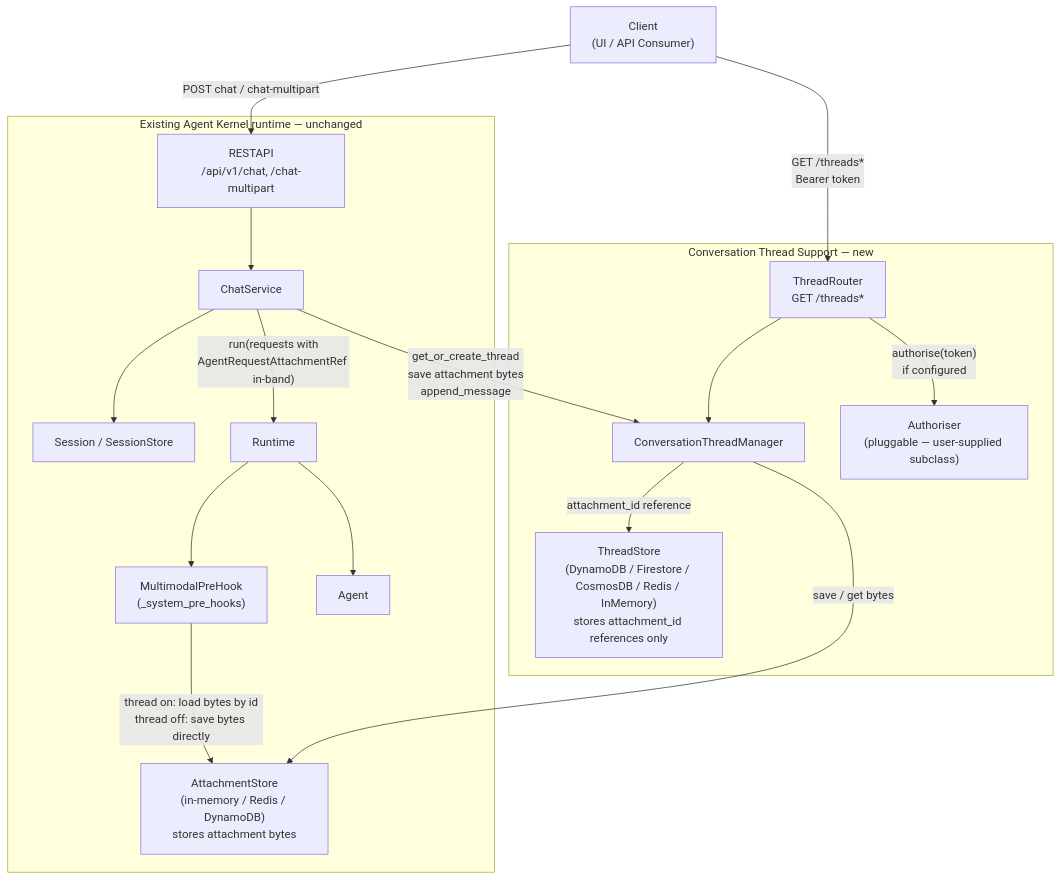
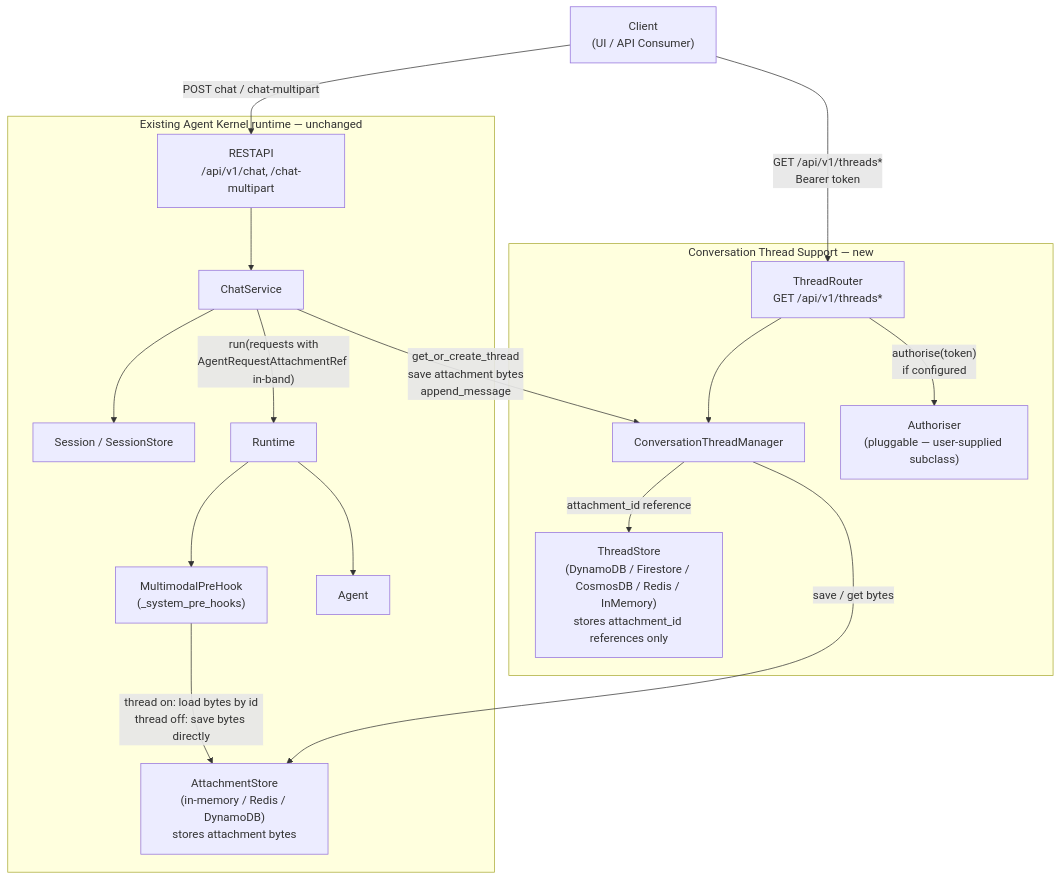
The first of 3 diagrams in docs/specs/conversation-thread-support.md (yaalalabs/agent-kernel), drawn with Mermaid before and after one commit. The commit also changed other lines of this file and 11 other files, not shown here.

Commit message:
Fix Copilot review findings: strict Bearer token parsing, Redis index-key TTL expiry/refresh, /api/v1 thread routes, and spec/config doc corrections

````diff
--- a/docs/specs/conversation-thread-support.md
+++ b/docs/specs/conversation-thread-support.md
@@ -74,33 +74,33 @@
 ```mermaid
 flowchart TD
     Client["Client\n(UI / API Consumer)"]
 
     subgraph Existing["Existing Agent Kernel runtime — unchanged"]
         RESTAPI["RESTAPI\n/api/v1/chat, /chat-multipart"]
         ChatService["ChatService"]
         SessionStore["Session / SessionStore"]
         Runtime["Runtime"]
         MMHook["MultimodalPreHook\n(_system_pre_hooks)"]
         Agent["Agent"]
         AS["AttachmentStore\n(in-memory / Redis / DynamoDB)\nstores attachment bytes"]
     end
 
     subgraph New["Conversation Thread Support — new"]
-        ThreadRouter["ThreadRouter\nGET /threads*"]
+        ThreadRouter["ThreadRouter\nGET /api/v1/threads*"]
         TSM["ConversationThreadManager"]
         TS["ThreadStore\n(DynamoDB / Firestore / CosmosDB / Redis / InMemory)\nstores attachment_id references only"]
         AUTH["Authoriser\n(pluggable — user-supplied subclass)"]
     end
 
     Client -->|"POST chat / chat-multipart"| RESTAPI --> ChatService
     ChatService --> SessionStore
     ChatService -->|"get_or_create_thread\nsave attachment bytes\nappend_message"| TSM
     ChatService -->|"run(requests with\nAgentRequestAttachmentRef in-band)"| Runtime --> MMHook
     Runtime --> Agent
     TSM -->|"save / get bytes"| AS
     TSM -->|"attachment_id reference"| TS
     MMHook -->|"thread on: load bytes by id\nthread off: save bytes directly"| AS
 
-    Client -->|"GET /threads*\nBearer token"| ThreadRouter --> TSM
+    Client -->|"GET /api/v1/threads*\nBearer token"| ThreadRouter --> TSM
     ThreadRouter -->|"authorise(token)\nif configured"| AUTH
 ```
````
